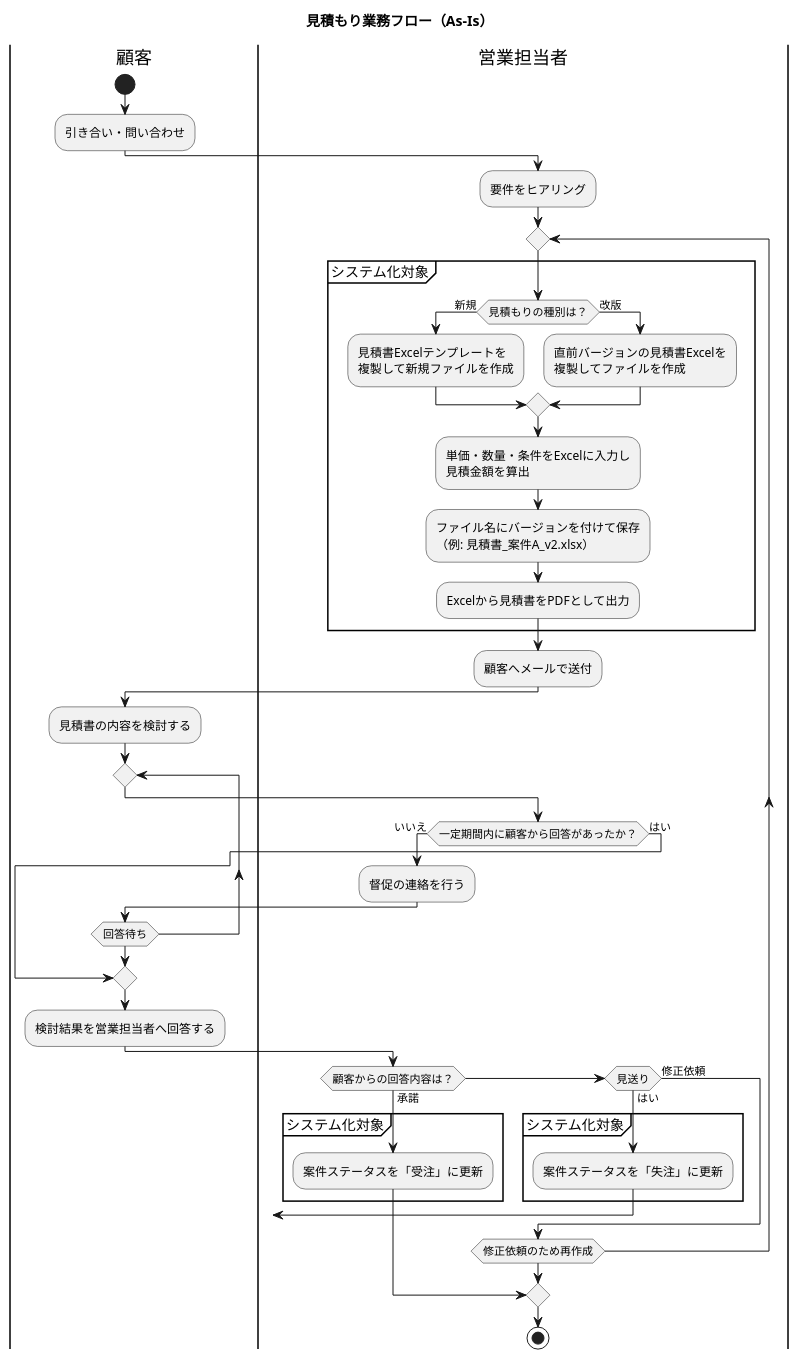
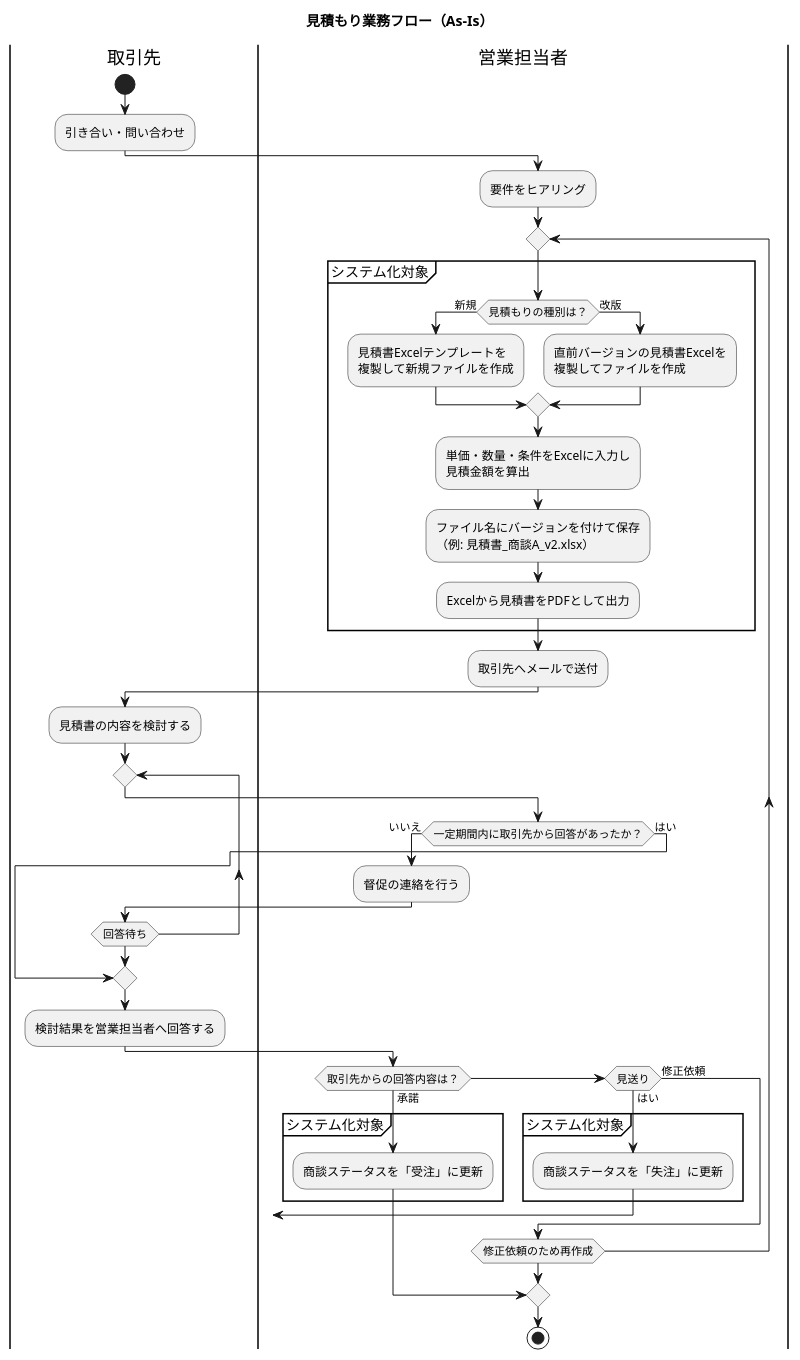
One commit to sakaguchi-0725/quotation-system changed the diagram in docs/draft/business-flow.puml. Above: the diagram before and after it, drawn with PlantUML. The commit also changed 2 other files, not shown here.

```diff
--- a/docs/draft/business-flow.puml
+++ b/docs/draft/business-flow.puml
@@ -1,57 +1,57 @@
 @startuml business-flow
 title 見積もり業務フロー（As-Is）
 
-|顧客|
+|取引先|
 start
 :引き合い・問い合わせ;
 
 |営業担当者|
 :要件をヒアリング;
 
 repeat
   group システム化対象 {
     if (見積もりの種別は？) then (新規)
       :見積書Excelテンプレートを\n複製して新規ファイルを作成;
     else (改版)
       :直前バージョンの見積書Excelを\n複製してファイルを作成;
     endif
     :単価・数量・条件をExcelに入力し\n見積金額を算出;
-    :ファイル名にバージョンを付けて保存\n（例: 見積書_案件A_v2.xlsx）;
+    :ファイル名にバージョンを付けて保存\n（例: 見積書_商談A_v2.xlsx）;
     :Excelから見積書をPDFとして出力;
   }
-  :顧客へメールで送付;
+  :取引先へメールで送付;
 
-  |顧客|
+  |取引先|
   :見積書の内容を検討する;
 
   repeat
     |営業担当者|
-    if (一定期間内に顧客から回答があったか？) then (いいえ)
+    if (一定期間内に取引先から回答があったか？) then (いいえ)
       :督促の連絡を行う;
-      |顧客|
+      |取引先|
     else (はい)
       break
     endif
   repeat while (回答待ち)
 
-  |顧客|
+  |取引先|
   :検討結果を営業担当者へ回答する;
 
   |営業担当者|
-  if (顧客からの回答内容は？) then (承諾)
+  if (取引先からの回答内容は？) then (承諾)
     group システム化対象 {
-      :案件ステータスを「受注」に更新;
+      :商談ステータスを「受注」に更新;
     }
     break
   elseif (見送り) then (はい)
     group システム化対象 {
-      :案件ステータスを「失注」に更新;
+      :商談ステータスを「失注」に更新;
     }
     break
   else (修正依頼)
   endif
 repeat while (修正依頼のため再作成)
 
 stop
 
 @enduml
```
